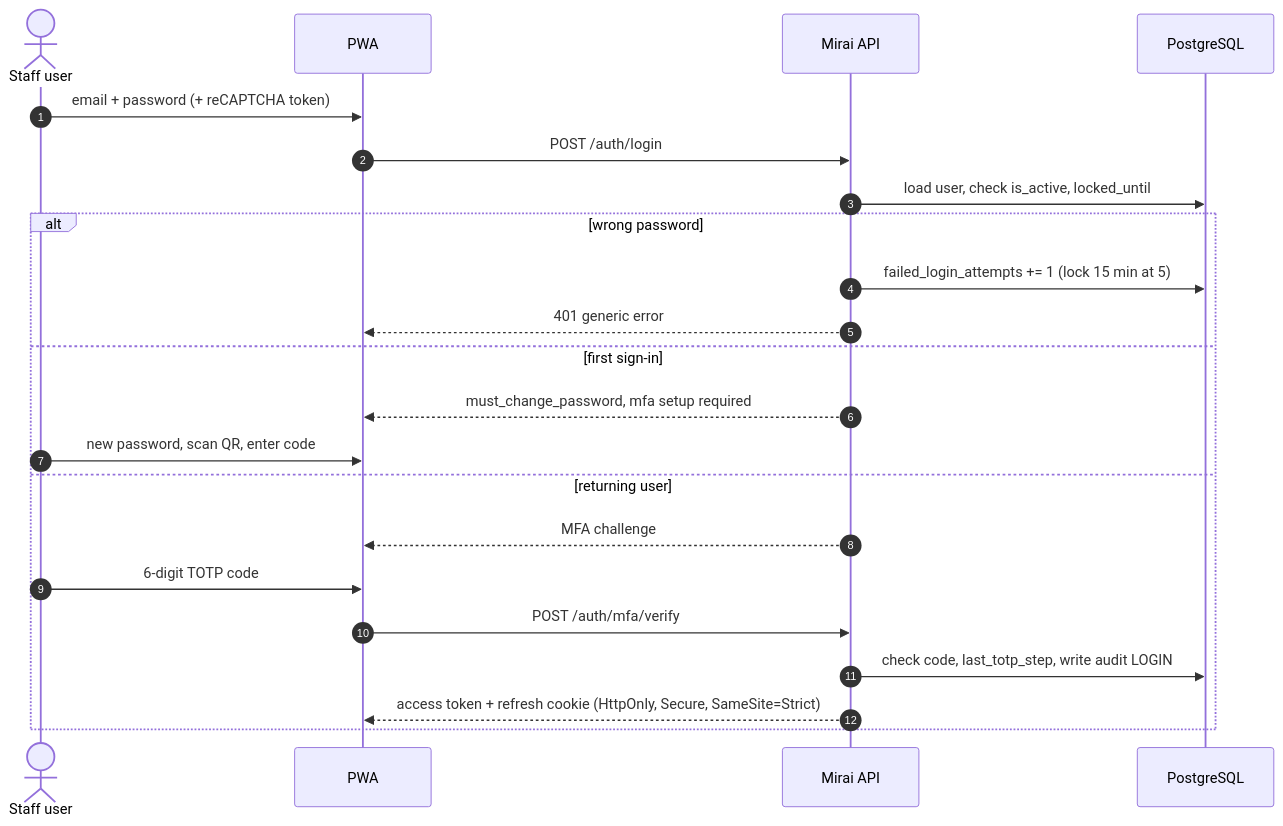
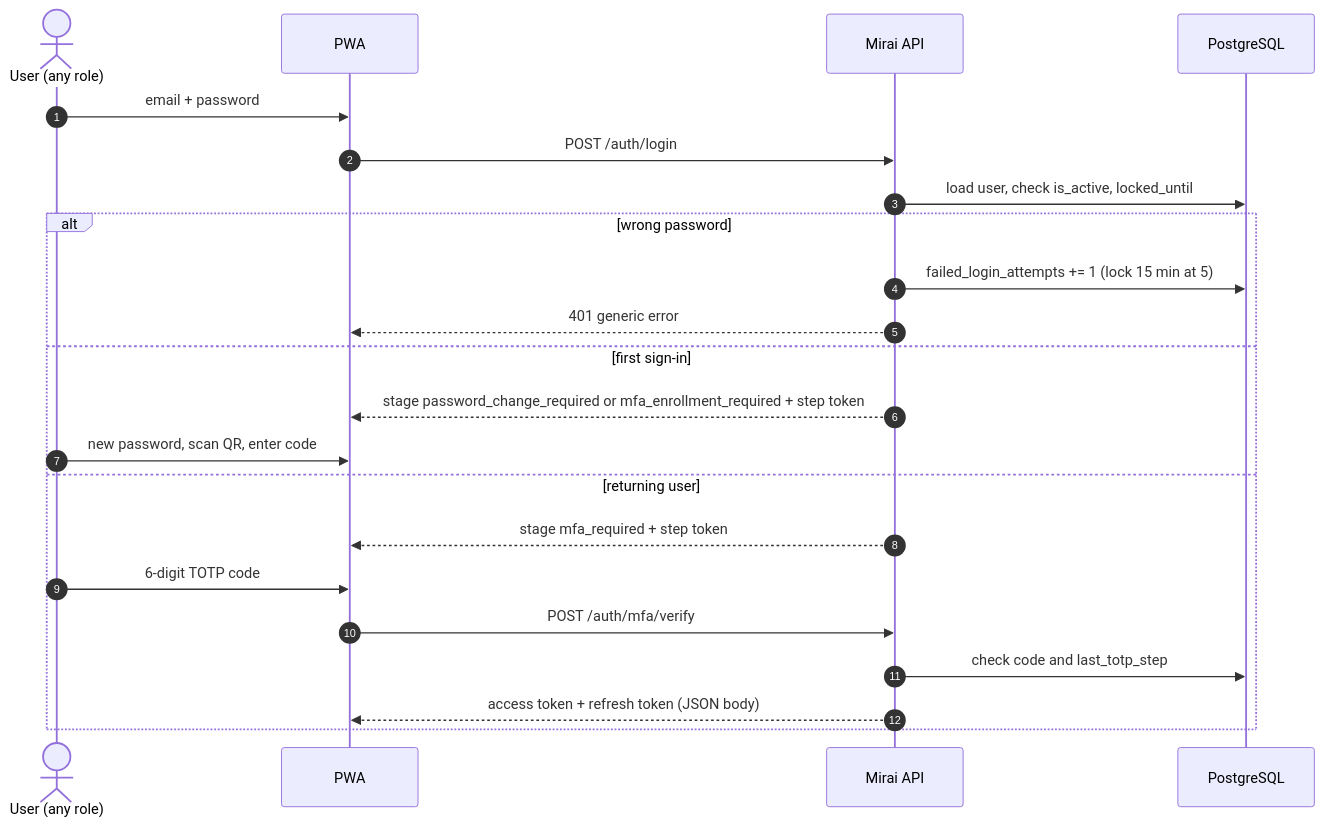
The third of 6 diagrams in docs/architecture/system-context.md (akirachix/prism-technical-documentation), drawn with Mermaid before and after one commit. The commit also changed other lines of this file and 154 other files, not shown here.

````diff
--- a/docs/architecture/system-context.md
+++ b/docs/architecture/system-context.md
@@ -115,25 +108,25 @@
 ```mermaid
 sequenceDiagram
     autonumber
-    actor U as Staff user
+    actor U as User (any role)
     participant PWA
     participant API as Mirai API
     participant DB as PostgreSQL
 
-    U->>PWA: email + password (+ reCAPTCHA token)
+    U->>PWA: email + password
     PWA->>API: POST /auth/login
     API->>DB: load user, check is_active, locked_until
     alt wrong password
         API->>DB: failed_login_attempts += 1 (lock 15 min at 5)
         API-->>PWA: 401 generic error
     else first sign-in
-        API-->>PWA: must_change_password, mfa setup required
+        API-->>PWA: stage password_change_required or mfa_enrollment_required + step token
         U->>PWA: new password, scan QR, enter code
     else returning user
-        API-->>PWA: MFA challenge
+        API-->>PWA: stage mfa_required + step token
         U->>PWA: 6-digit TOTP code
         PWA->>API: POST /auth/mfa/verify
-        API->>DB: check code, last_totp_step, write audit LOGIN
-        API-->>PWA: access token + refresh cookie (HttpOnly, Secure, SameSite=Strict)
+        API->>DB: check code and last_totp_step
+        API-->>PWA: access token + refresh token (JSON body)
     end
 ```
````
